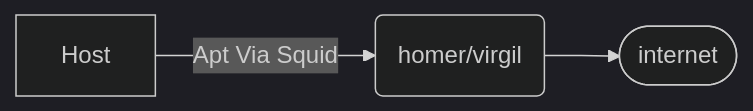
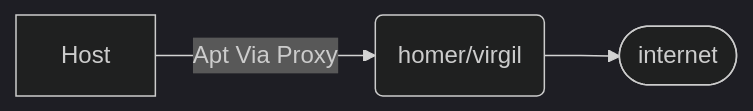
Before and after one commit to suspect-devices/digithink: the second of 2 diagrams in docs/rethinkeverything/norouter/wireguard-and-squid.md, drawn with Mermaid (dark theme). The commit also changed other lines of this file and 4 other files, not shown here.

````diff
--- a/docs/rethinkeverything/norouter/wireguard-and-squid.md
+++ b/docs/rethinkeverything/norouter/wireguard-and-squid.md
@@ -16,5 +16,5 @@
     ```mermaid
     graph LR
     B --> I([internet])
-    A[Host] -- Apt Via Squid --> B(homer/virgil);
+    A[Host] -- Apt Via Proxy --> B(homer/virgil);
     ```
````
